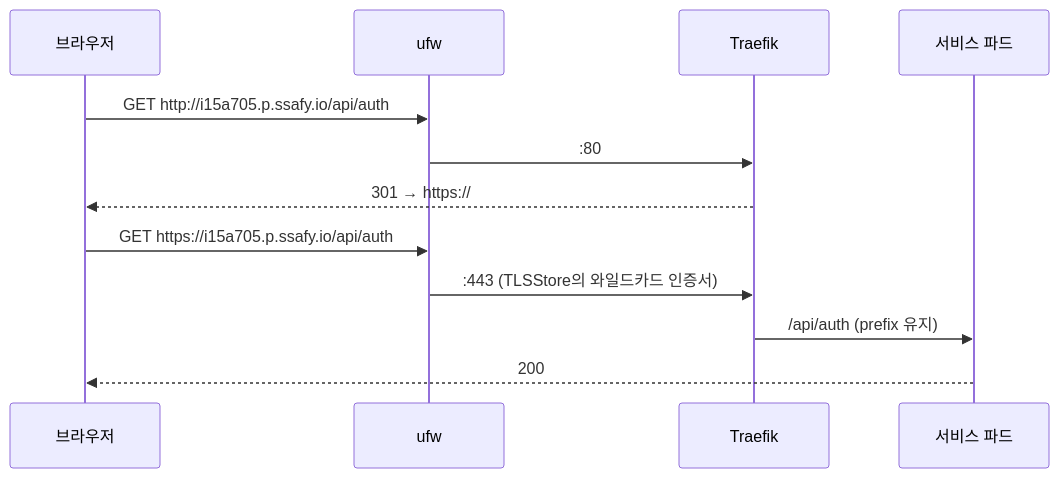
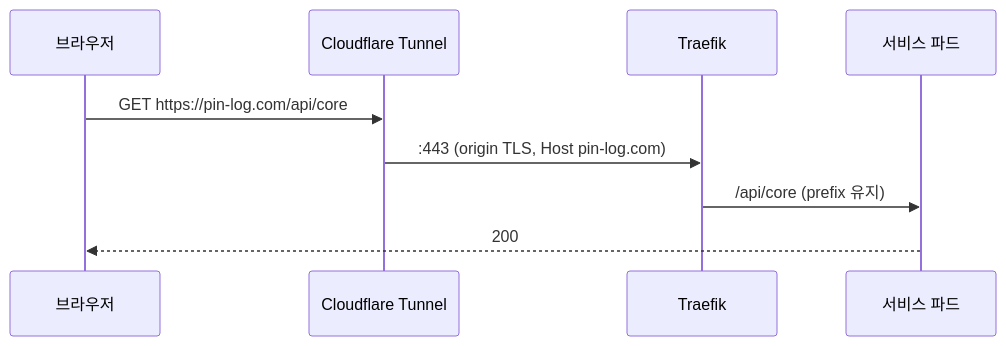
Before and after one commit to Team-PinLog/infra: the second of 2 diagrams in docs/architecture.md, drawn with Mermaid. The commit also changed other lines of this file and 13 other files, not shown here.

````diff
--- a/docs/architecture.md
+++ b/docs/architecture.md
@@ -280,15 +279,12 @@
 ```mermaid
 sequenceDiagram
     participant U as 브라우저
-    participant F as ufw
+    participant C as Cloudflare Tunnel
     participant T as Traefik
     participant S as 서비스 파드
 
-    U->>F: GET http://i15a705.p.ssafy.io/api/auth
-    F->>T: :80
-    T-->>U: 301 → https://
-    U->>F: GET https://i15a705.p.ssafy.io/api/auth
-    F->>T: :443 (TLSStore의 와일드카드 인증서)
-    T->>S: /api/auth (prefix 유지)
+    U->>C: GET https://pin-log.com/api/core
+    C->>T: :443 (origin TLS, Host pin-log.com)
+    T->>S: /api/core (prefix 유지)
     S-->>U: 200
 ```
````
